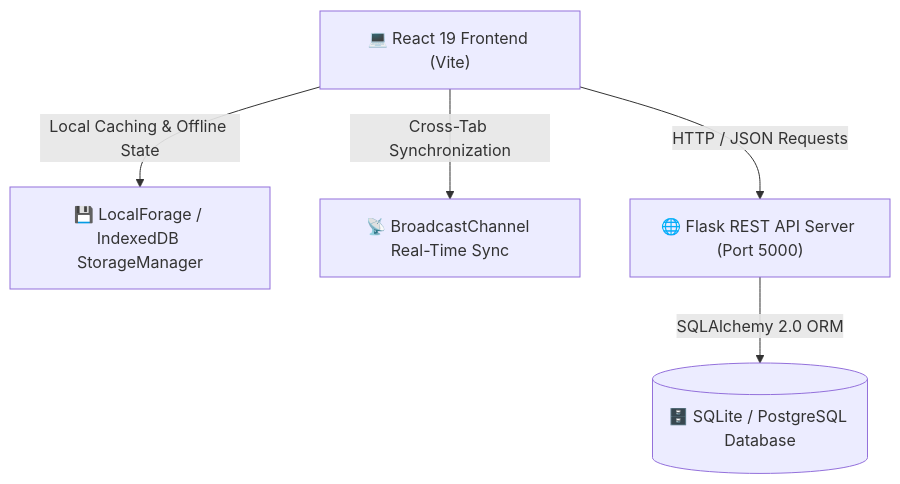
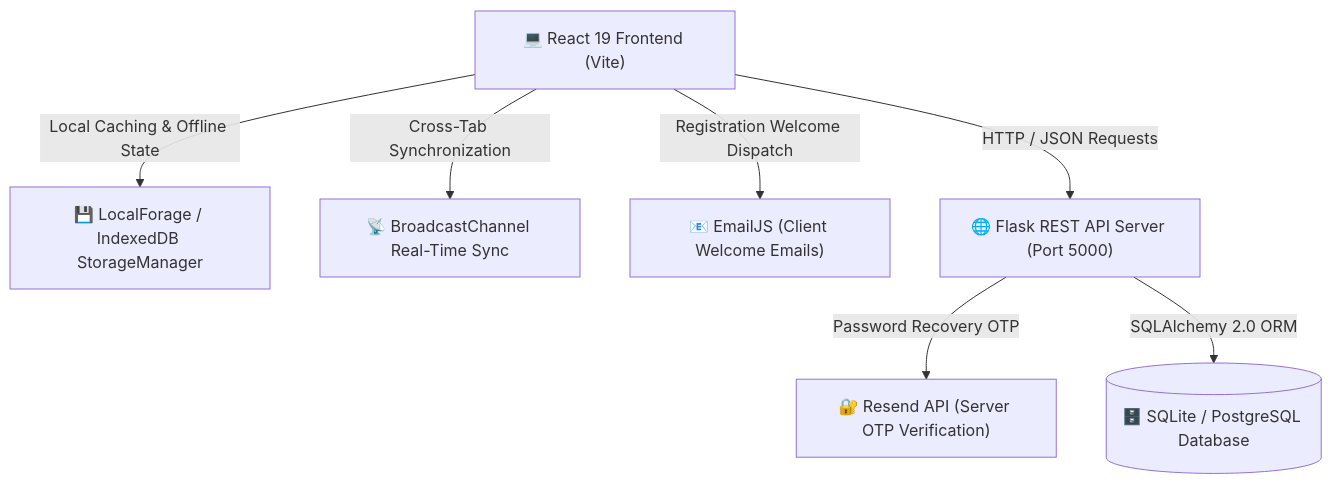
One commit to Jashvanthan/campushub changed the diagram in README.md. Above: the diagram before and after it, drawn with Mermaid. The commit also changed other lines of this file and 1 other file, not shown here.

Commit message:
docs: update README.md and requirements.txt with email services and architecture

````diff
--- a/README.md
+++ b/README.md
@@ -70,13 +75,17 @@
 ```mermaid
 graph TD
     Client["💻 React 19 Frontend (Vite)"]
     Storage["💾 LocalForage / IndexedDB StorageManager"]
     Sync["📡 BroadcastChannel Real-Time Sync"]
+    EmailJS["📧 EmailJS (Client Welcome Emails)"]
     API["🌐 Flask REST API Server (Port 5000)"]
+    Resend["🔐 Resend API (Server OTP Verification)"]
     DB[("🗄️ SQLite / PostgreSQL Database")]
 
     Client -->|Local Caching & Offline State| Storage
     Client -->|Cross-Tab Synchronization| Sync
+    Client -->|Registration Welcome Dispatch| EmailJS
     Client -->|HTTP / JSON Requests| API
+    API -->|Password Recovery OTP| Resend
     API -->|SQLAlchemy 2.0 ORM| DB
 ```
````
